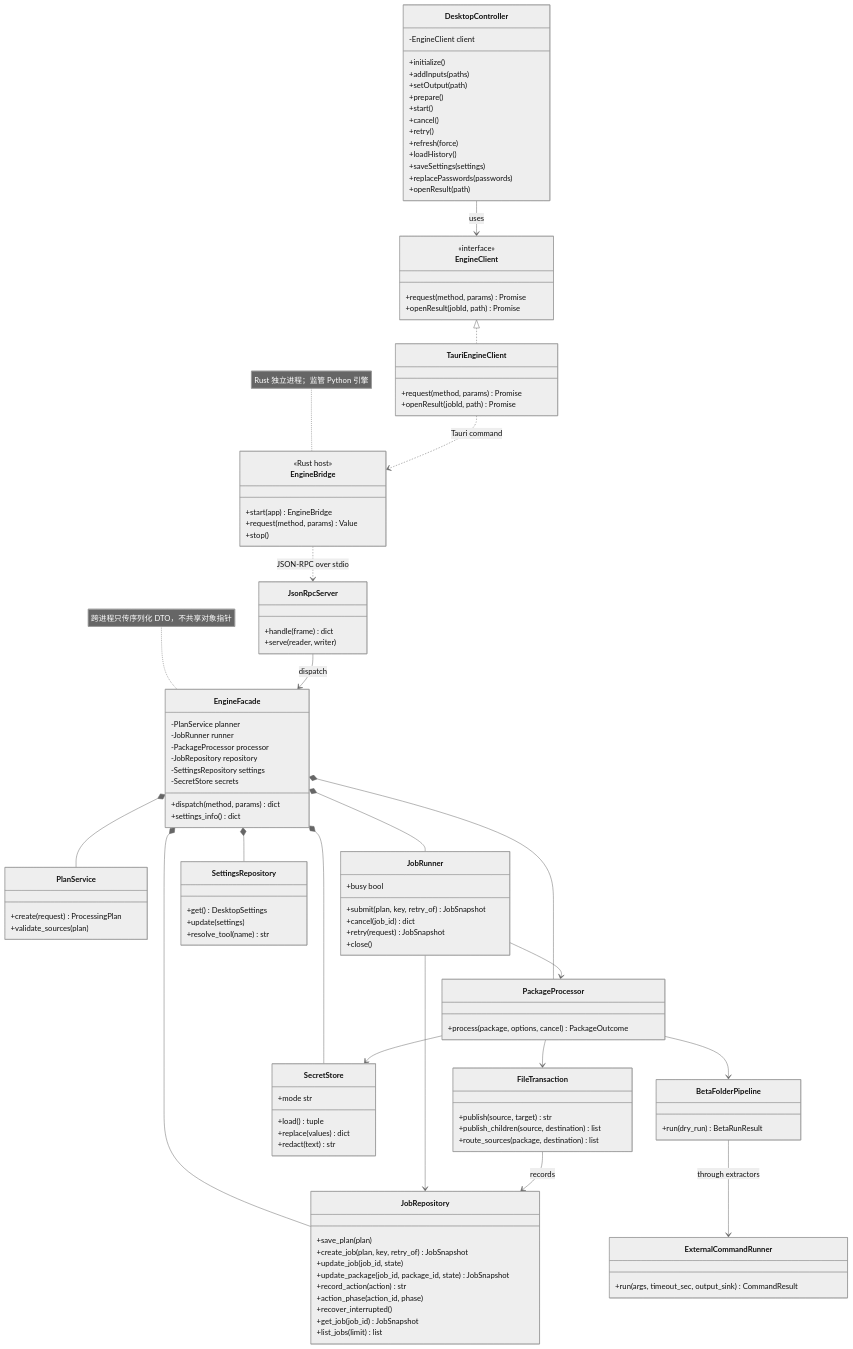
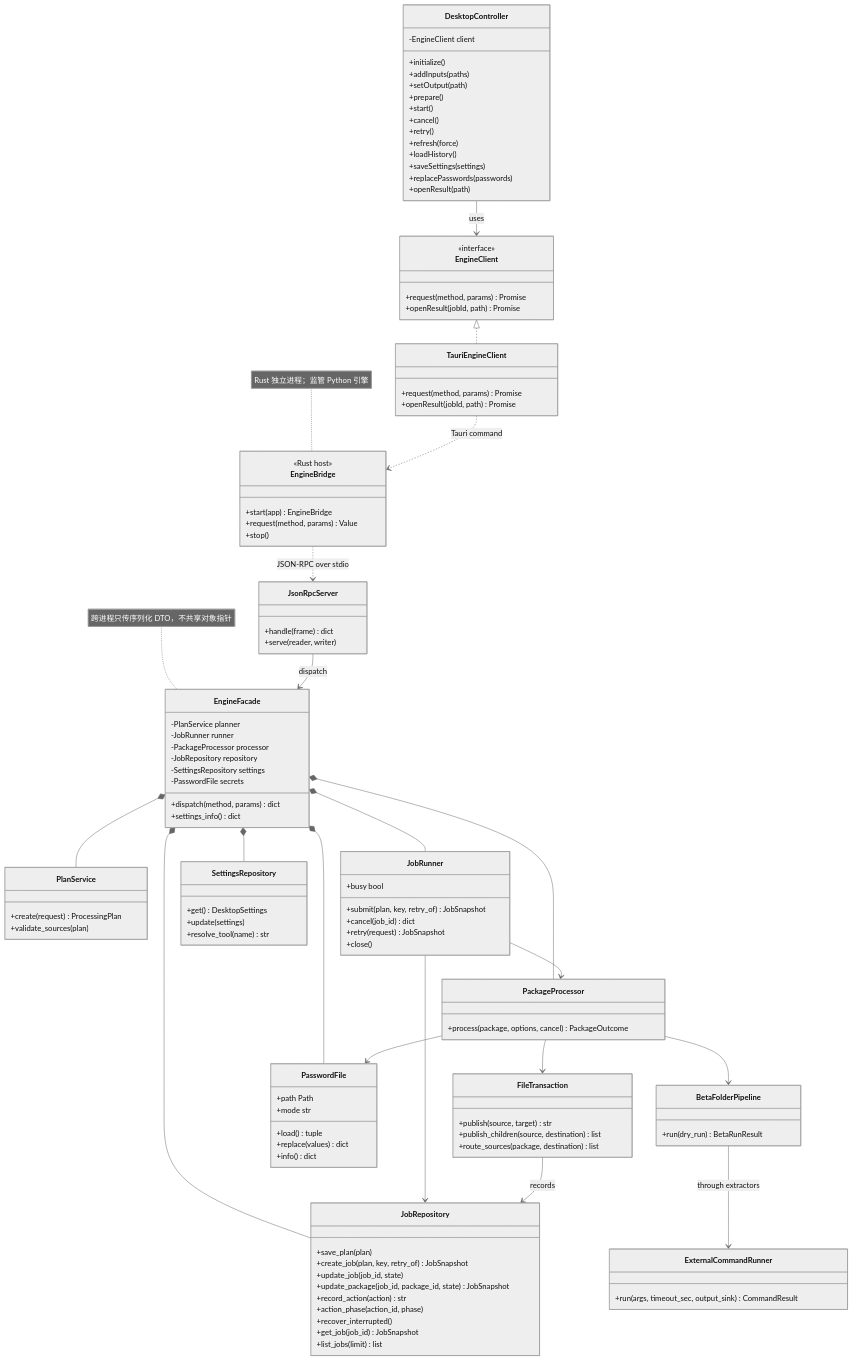
The diagram in docs/diagrams/classes.mmd (WOO-woo-Waf/reorder), drawn with Mermaid (neutral theme) before and after one commit. The commit also changed 46 other files, not shown here.

```diff
--- a/docs/diagrams/classes.mmd
+++ b/docs/diagrams/classes.mmd
@@ -1,112 +1,113 @@
 classDiagram
   class EngineClient {
     <<interface>>
     +request(method, params) Promise
     +openResult(jobId, path) Promise
   }
   class TauriEngineClient {
     +request(method, params) Promise
     +openResult(jobId, path) Promise
   }
   class DesktopController {
     -EngineClient client
     +initialize()
     +addInputs(paths)
     +setOutput(path)
     +prepare()
     +start()
     +cancel()
     +retry()
     +refresh(force)
     +loadHistory()
     +saveSettings(settings)
     +replacePasswords(passwords)
     +openResult(path)
   }
   class EngineBridge {
     <<Rust host>>
     +start(app) EngineBridge
     +request(method, params) Value
     +stop()
   }
   class JsonRpcServer {
     +handle(frame) dict
     +serve(reader, writer)
   }
   class EngineFacade {
     -PlanService planner
     -JobRunner runner
     -PackageProcessor processor
     -JobRepository repository
     -SettingsRepository settings
-    -SecretStore secrets
+    -PasswordFile secrets
     +dispatch(method, params) dict
     +settings_info() dict
   }
   class PlanService {
     +create(request) ProcessingPlan
     +validate_sources(plan)
   }
   class JobRunner {
     +submit(plan, key, retry_of) JobSnapshot
     +cancel(job_id) dict
     +retry(request) JobSnapshot
     +busy bool
     +close()
   }
   class PackageProcessor {
     +process(package, options, cancel) PackageOutcome
   }
   class FileTransaction {
     +publish(source, target) str
     +publish_children(source, destination) list
     +route_sources(package, destination) list
   }
   class JobRepository {
     +save_plan(plan)
     +create_job(plan, key, retry_of) JobSnapshot
     +update_job(job_id, state)
     +update_package(job_id, package_id, state) JobSnapshot
     +record_action(action) str
     +action_phase(action_id, phase)
     +recover_interrupted()
     +get_job(job_id) JobSnapshot
     +list_jobs(limit) list
   }
   class SettingsRepository {
     +get() DesktopSettings
     +update(settings)
     +resolve_tool(name) str
   }
-  class SecretStore {
+  class PasswordFile {
     +load() tuple
     +replace(values) dict
-    +redact(text) str
+    +info() dict
+    +path Path
     +mode str
   }
   class ExternalCommandRunner {
     +run(args, timeout_sec, output_sink) CommandResult
   }
   class BetaFolderPipeline {
     +run(dry_run) BetaRunResult
   }
   EngineClient <|.. TauriEngineClient
   DesktopController --> EngineClient : uses
   TauriEngineClient ..> EngineBridge : Tauri command
   EngineBridge ..> JsonRpcServer : JSON-RPC over stdio
   JsonRpcServer --> EngineFacade : dispatch
   EngineFacade *-- PlanService
   EngineFacade *-- JobRunner
   EngineFacade *-- PackageProcessor
   EngineFacade *-- JobRepository
   EngineFacade *-- SettingsRepository
-  EngineFacade *-- SecretStore
+  EngineFacade *-- PasswordFile
   JobRunner --> PackageProcessor
   JobRunner --> JobRepository
   PackageProcessor --> BetaFolderPipeline
   PackageProcessor --> FileTransaction
-  PackageProcessor --> SecretStore
+  PackageProcessor --> PasswordFile
   FileTransaction --> JobRepository : records
   BetaFolderPipeline --> ExternalCommandRunner : through extractors
   note for EngineBridge "Rust 独立进程；监管 Python 引擎"
   note for EngineFacade "跨进程只传序列化 DTO，不共享对象指针"
```
